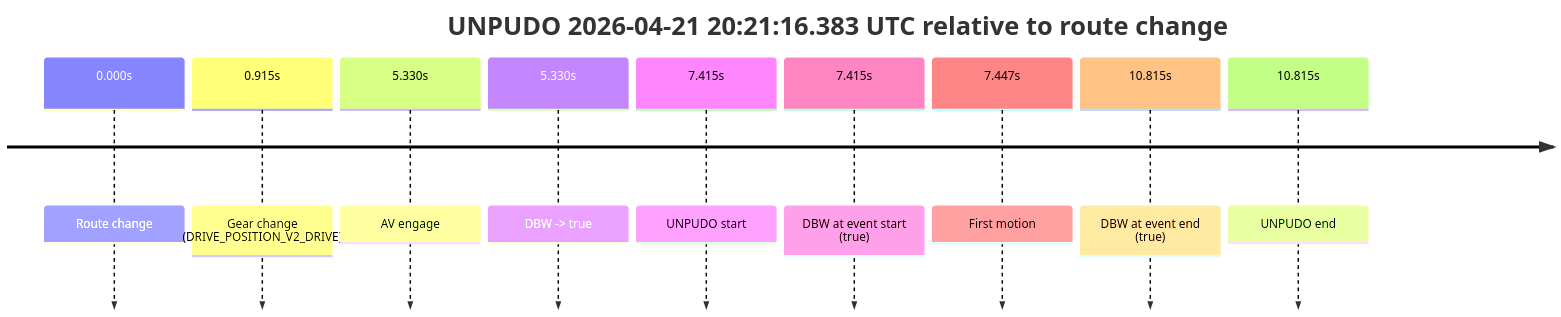
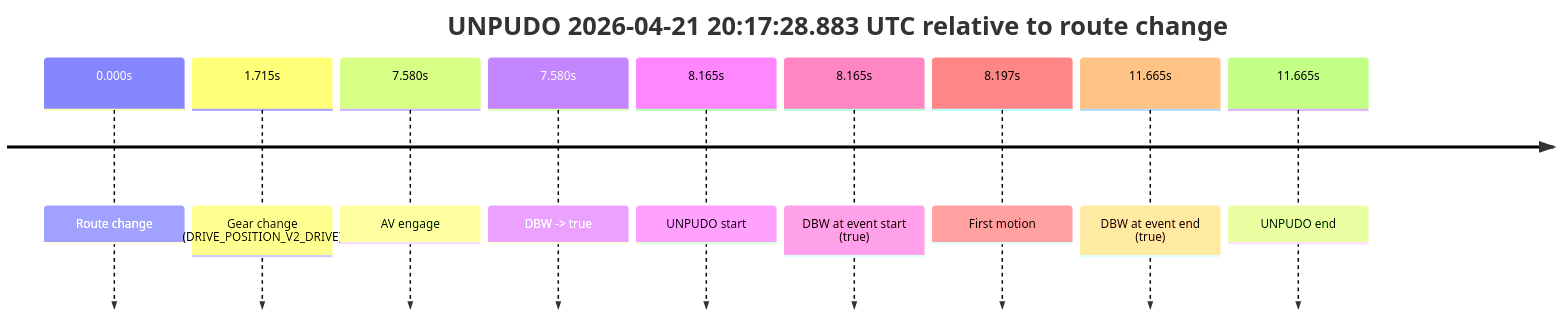
The diagram in model_analysis/report_cards/2026/04/Week-4/fme20031--2026-04-21--20-04-45--gen2-av-f562c3f4-e8ad-4642-bc4b-35df81e2a175.md (yoelshapiro/vault), drawn with Mermaid before and after one commit. The commit also changed other lines of this file, not shown here.

````diff
--- a/model_analysis/report_cards/2026/04/Week-4/fme20031--2026-04-21--20-04-45--gen2-av-f562c3f4-e8ad-4642-bc4b-35df81e2a175.md
+++ b/model_analysis/report_cards/2026/04/Week-4/fme20031--2026-04-21--20-04-45--gen2-av-f562c3f4-e8ad-4642-bc4b-35df81e2a175.md
@@ -42,13 +42,13 @@
 ```mermaid
 timeline
-    title UNPUDO 2026-04-21 20:21:16.383 UTC relative to route change
+    title UNPUDO 2026-04-21 20:17:28.883 UTC relative to route change
     0.000s : Route change
-    0.915s : Gear change (DRIVE_POSITION_V2_DRIVE)
-    5.330s : AV engage
-    5.330s : DBW -> true
-    7.415s : UNPUDO start
-    7.415s : DBW at event start (true)
-    7.447s : First motion
-    10.815s : DBW at event end (true)
-    10.815s : UNPUDO end
+    1.715s : Gear change (DRIVE_POSITION_V2_DRIVE)
+    7.580s : AV engage
+    7.580s : DBW -> true
+    8.165s : UNPUDO start
+    8.165s : DBW at event start (true)
+    8.197s : First motion
+    11.665s : DBW at event end (true)
+    11.665s : UNPUDO end
 ```
````
